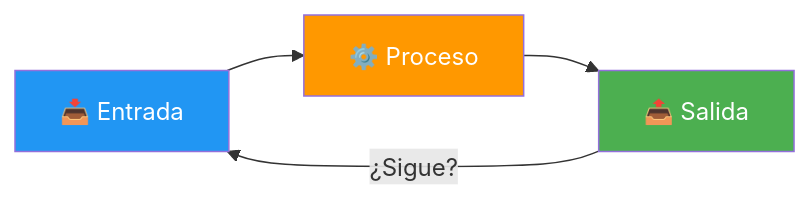
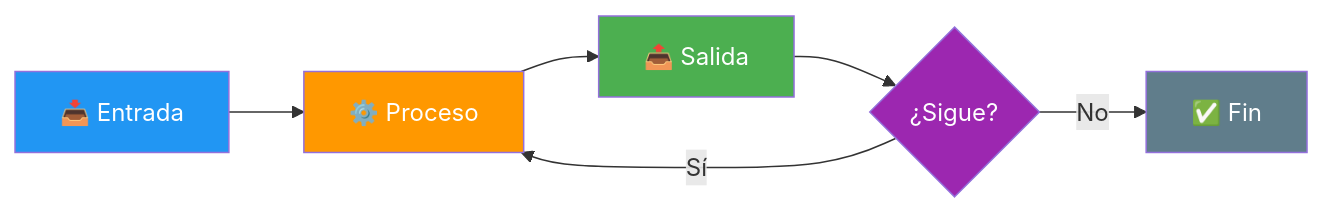
The sixth of 8 diagrams in slidev/slides.md (joseluisgs/Programacion-01-2026-2027), drawn with Mermaid before and after one commit. The commit also changed other lines of this file and 6 other files, not shown here.

Commit message:
fix: maquetacion completa de la presentacion (alineacion de columnas, tablas sin cortes, mermaid legible, contenido centrado) y PDFs regenerados

````diff
--- a/slidev/slides.md
+++ b/slidev/slides.md
@@ -1353,10 +1367,14 @@
 ```mermaid
 graph LR
     A[📥 Entrada] --> B[⚙️ Proceso]
     B --> C[📤 Salida]
-    C -->|¿Sigue?| A
+    C --> D{¿Sigue?}
+    D -->|Sí| B
+    D -->|No| E[✅ Fin]
 
     style A fill:#2196F3,color:#fff
     style B fill:#FF9800,color:#fff
     style C fill:#4CAF50,color:#fff
+    style D fill:#9C27B0,color:#fff
+    style E fill:#607D8B,color:#fff
 ```
````
